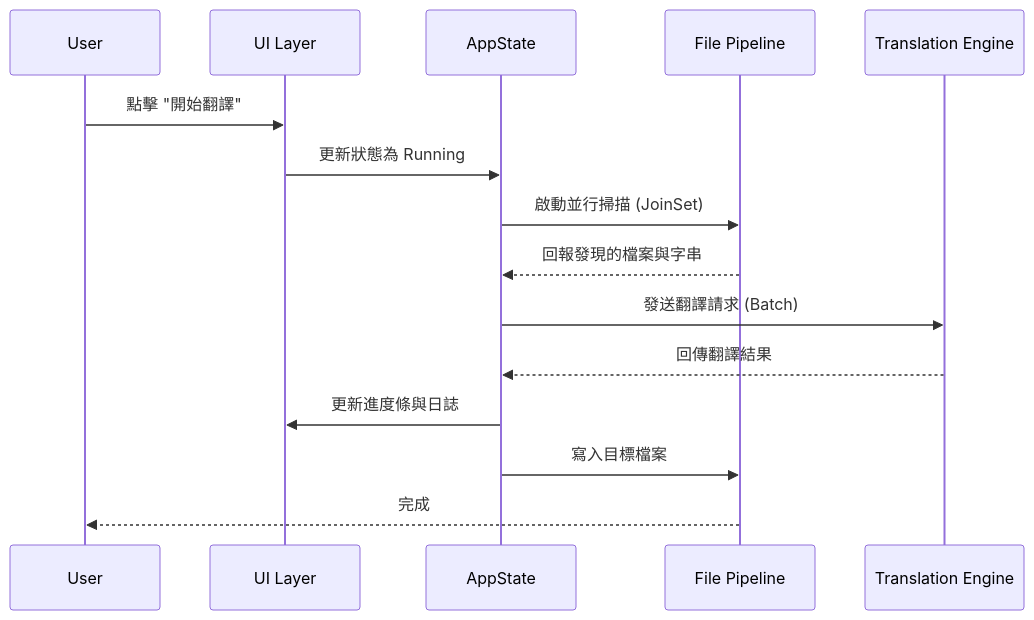
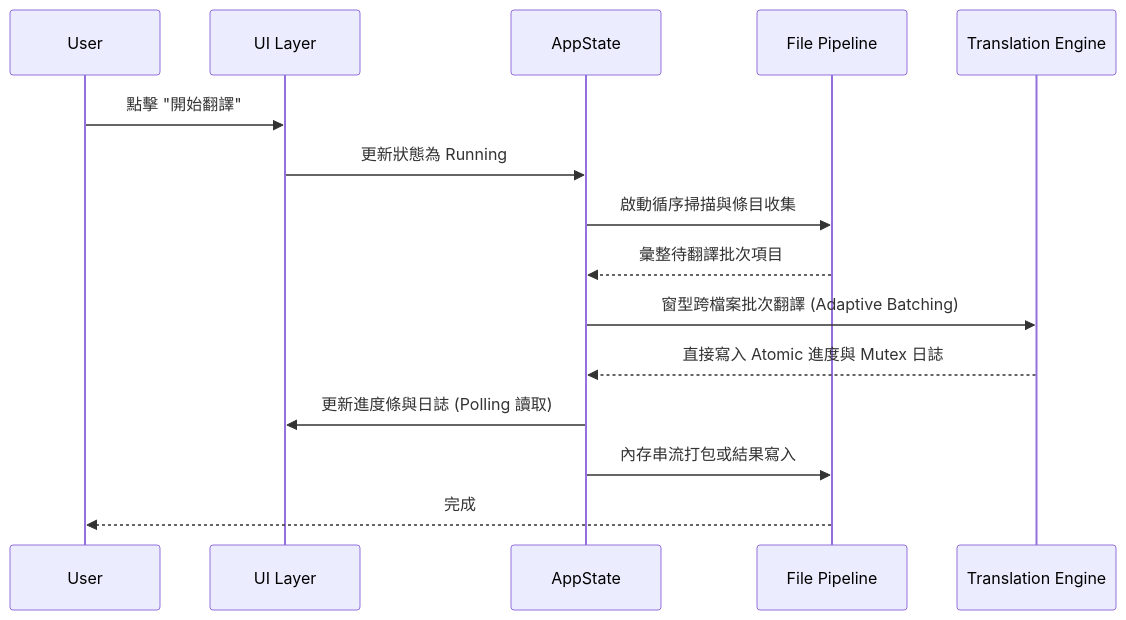
One commit to mn12345678910/mc_translator changed the second of 2 diagrams in docs/architecture/overview.md. Above: the diagram before and after it, drawn with Mermaid. The commit also changed 12 other files, not shown here.

````diff
--- a/docs/architecture/overview.md
+++ b/docs/architecture/overview.md
@@ -36,18 +36,18 @@
 ```mermaid
 sequenceDiagram
     participant U as User
     participant UI as UI Layer
     participant S as AppState
     participant F as File Pipeline
     participant T as Translation Engine
     
     U->>UI: 點擊 "開始翻譯"
     UI->>S: 更新狀態為 Running
-    S->>F: 啟動並行掃描 (JoinSet)
-    F-->>S: 回報發現的檔案與字串
-    S->>T: 發送翻譯請求 (Batch)
-    T-->>S: 回傳翻譯結果
-    S->>UI: 更新進度條與日誌
-    S->>F: 寫入目標檔案
+    S->>F: 啟動循序掃描與條目收集
+    F-->>S: 彙整待翻譯批次項目
+    S->>T: 窗型跨檔案批次翻譯 (Adaptive Batching)
+    T-->>S: 直接寫入 Atomic 進度與 Mutex 日誌
+    S->>UI: 更新進度條與日誌 (Polling 讀取)
+    S->>F: 內存串流打包或結果寫入
     F-->>U: 完成
 ```
````
